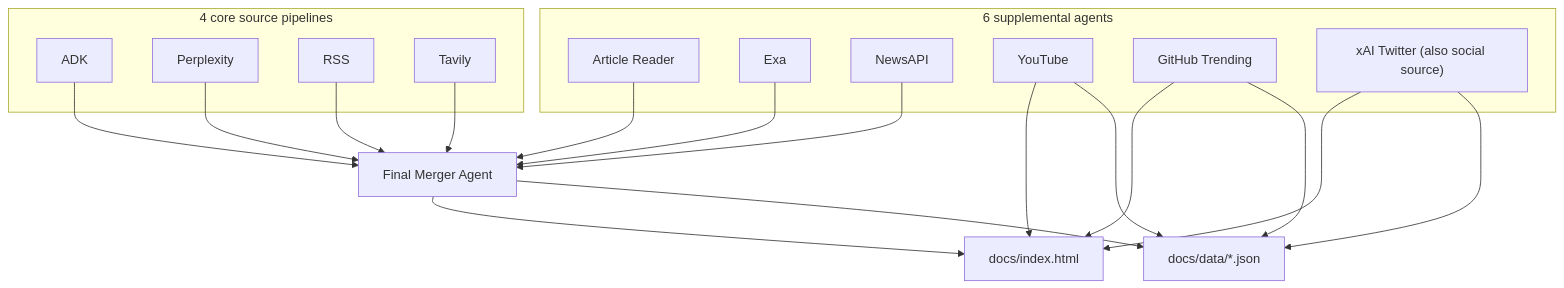
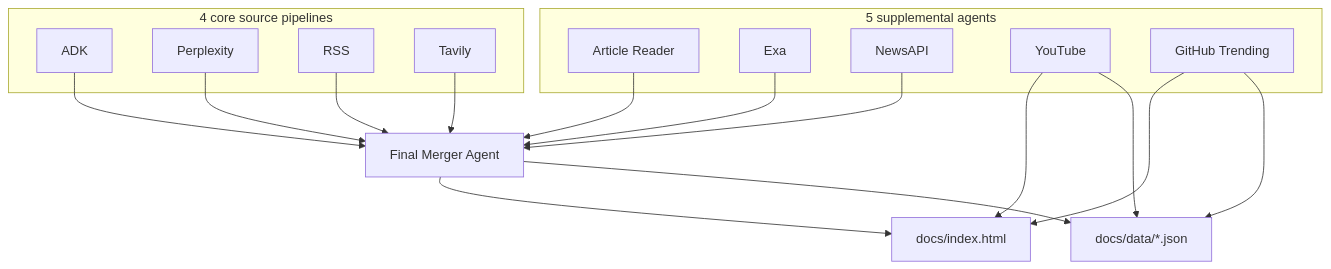
The first of 13 diagrams in README.md (kobyal/ai-news-briefing), drawn with Mermaid before and after one commit. The commit also changed other lines of this file and 1 other file, not shown here.

````diff
--- a/README.md
+++ b/README.md
@@ -48,36 +46,33 @@
 ```mermaid
 flowchart TD
     subgraph core["4 core source pipelines"]
         A["ADK"]
         B["Perplexity"]
         C["RSS"]
         D["Tavily"]
     end
 
-    subgraph extra["6 supplemental agents"]
+    subgraph extra["5 supplemental agents"]
         F["Article Reader"]
         G["Exa"]
         H["NewsAPI"]
         I["YouTube"]
         J["GitHub Trending"]
-        K["xAI Twitter (also social source)"]
     end
 
     A --> M
     B --> M
     C --> M
     D --> M
     G --> M
     H --> M
     F --> M
 
-    K --> P
     I --> P
     J --> P
 
     M["Final Merger Agent"] --> P["docs/index.html"]
     M --> D2
-    K --> D2
     I --> D2
     J --> D2["docs/data/*.json"]
 ```
````
